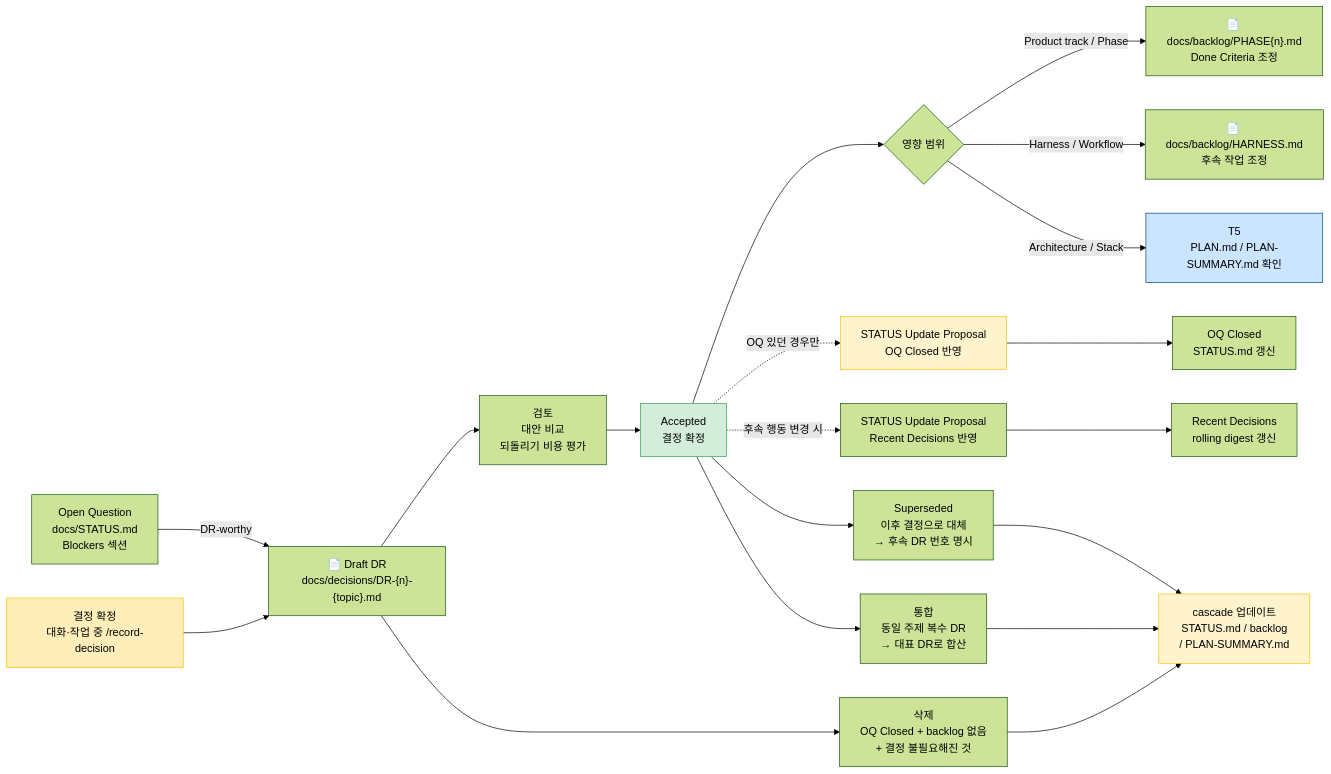
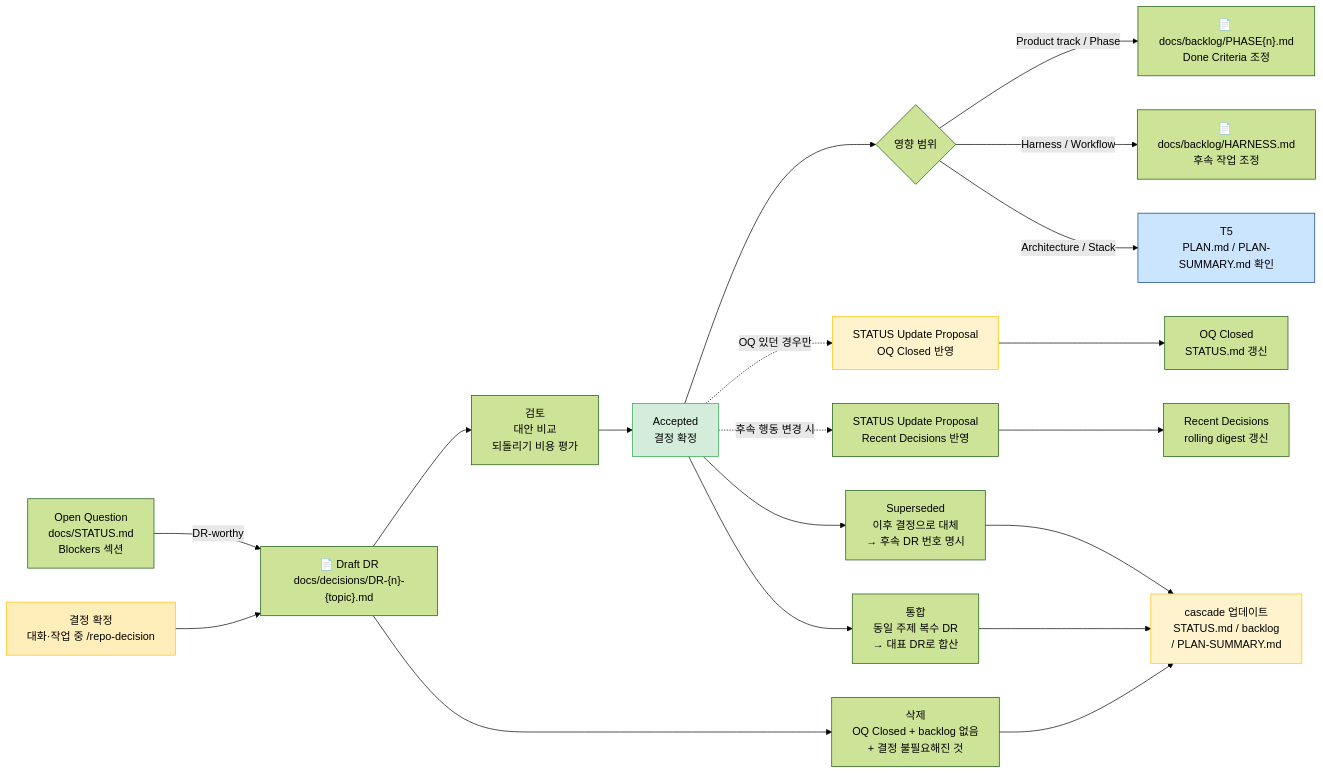
Before and after one commit to kyungseo/ai-workflow-harness: diagram 13 of 14 in docs/WORKFLOW-MANUAL.md, drawn with Mermaid (forest theme). The commit also changed other lines of this file and 83 other files, not shown here.

````diff
--- a/docs/WORKFLOW-MANUAL.md
+++ b/docs/WORKFLOW-MANUAL.md
@@ -967,32 +967,32 @@
 ```mermaid
 flowchart LR
     OQ["Open Question\ndocs/STATUS.md\nBlockers 섹션"]
-    DECISION["결정 확정\n대화·작업 중 /record-decision"]
+    DECISION["결정 확정\n대화·작업 중 /repo-decision"]
 
     OQ -->|"DR-worthy"| DRAFT["📄 Draft DR\ndocs/decisions/DR-{n}-{topic}.md"]
     DECISION --> DRAFT
     DRAFT --> REVIEW["검토\n대안 비교\n되돌리기 비용 평가"]
     REVIEW --> ACCEPT["Accepted\n결정 확정"]
     ACCEPT --> ROUTE{영향 범위}
     ROUTE -- Product track / Phase --> PBACKLOG["📄 docs/backlog/PHASE{n}.md\nDone Criteria 조정"]
     ROUTE -- Harness / Workflow --> HBACKLOG["📄 docs/backlog/HARNESS.md\n후속 작업 조정"]
     ROUTE -- Architecture / Stack --> PLAN["T5\nPLAN.md / PLAN-SUMMARY.md 확인"]
     ACCEPT -.->|"OQ 있던 경우만"| STATUS_PROPOSAL["STATUS Update Proposal\nOQ Closed 반영"]
     ACCEPT -.->|"후속 행동 변경 시"| RECENT_DECISIONS["STATUS Update Proposal\nRecent Decisions 반영"]
     STATUS_PROPOSAL --> CLOSED["OQ Closed\nSTATUS.md 갱신"]
     RECENT_DECISIONS --> DIGEST["Recent Decisions\nrolling digest 갱신"]
 
     ACCEPT --> SUPERSEDED["Superseded\n이후 결정으로 대체\n→ 후속 DR 번호 명시"]
     DRAFT --> DELETE["삭제\nOQ Closed + backlog 없음\n+ 결정 불필요해진 것"]
     ACCEPT --> MERGE["통합\n동일 주제 복수 DR\n→ 대표 DR로 합산"]
 
     SUPERSEDED --> CASCADE["cascade 업데이트\nSTATUS.md / backlog\n/ PLAN-SUMMARY.md"]
     DELETE --> CASCADE
     MERGE --> CASCADE
 
     style ACCEPT fill:#d4edda,stroke:#28a745
     style DECISION fill:#ffeeba,stroke:#ffc107
     style PLAN fill:#cce5ff,stroke:#004085
     style STATUS_PROPOSAL fill:#fff3cd,stroke:#ffc107
     style CASCADE fill:#fff3cd,stroke:#ffc107
 ```
````
